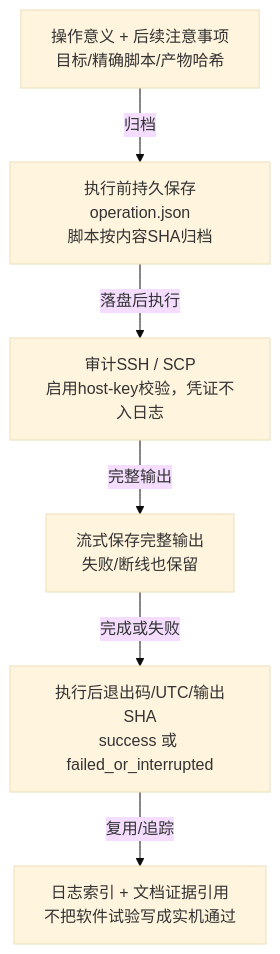
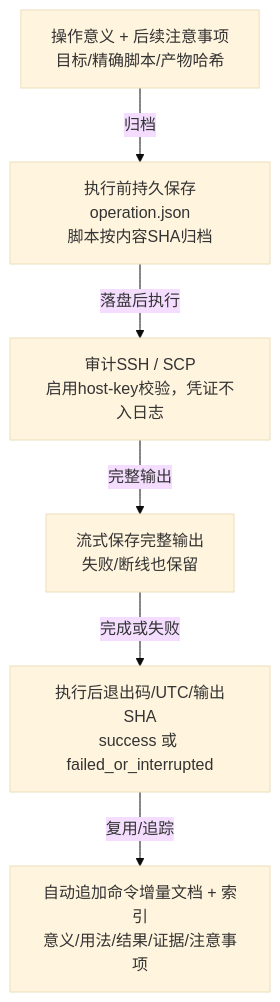
Before and after one commit to superobk/microduck: the diagram in docs/zero3w-11servo/diagrams/audit-evidence.mmd, drawn with Mermaid (base theme). The commit also changed 18 other files, not shown here.

```diff
--- a/docs/zero3w-11servo/diagrams/audit-evidence.mmd
+++ b/docs/zero3w-11servo/diagrams/audit-evidence.mmd
@@ -1,12 +1,12 @@
 flowchart TD
   intent["操作意义 + 后续注意事项<br/>目标/精确脚本/产物哈希"]
   before["执行前持久保存operation.json<br/>脚本按内容SHA归档"]
   run["审计SSH / SCP<br/>启用host-key校验，凭证不入日志"]
   output["流式保存完整输出<br/>失败/断线也保留"]
   after["执行后退出码/UTC/输出SHA<br/>success 或 failed_or_interrupted"]
-  index["日志索引 + 文档证据引用<br/>不把软件试验写成实机通过"]
+  index["自动追加命令增量文档 + 索引<br/>意义/用法/结果/证据/注意事项"]
   intent -->|"归档"| before
   before -->|"落盘后执行"| run
   run -->|"完整输出"| output
   output -->|"完成或失败"| after
   after -->|"复用/追踪"| index
```
